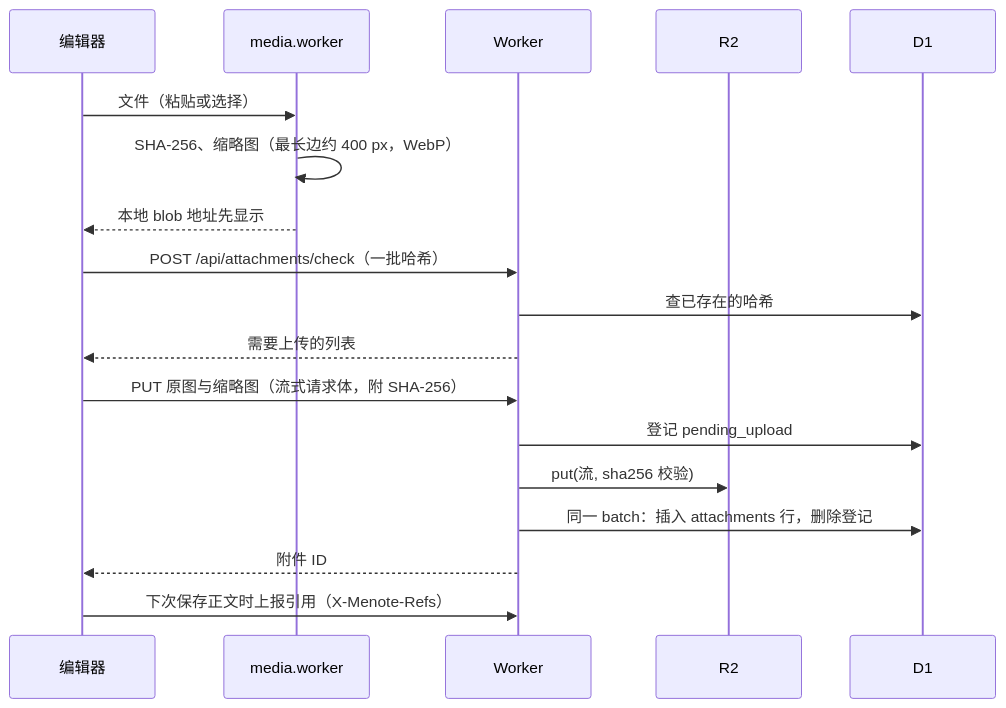
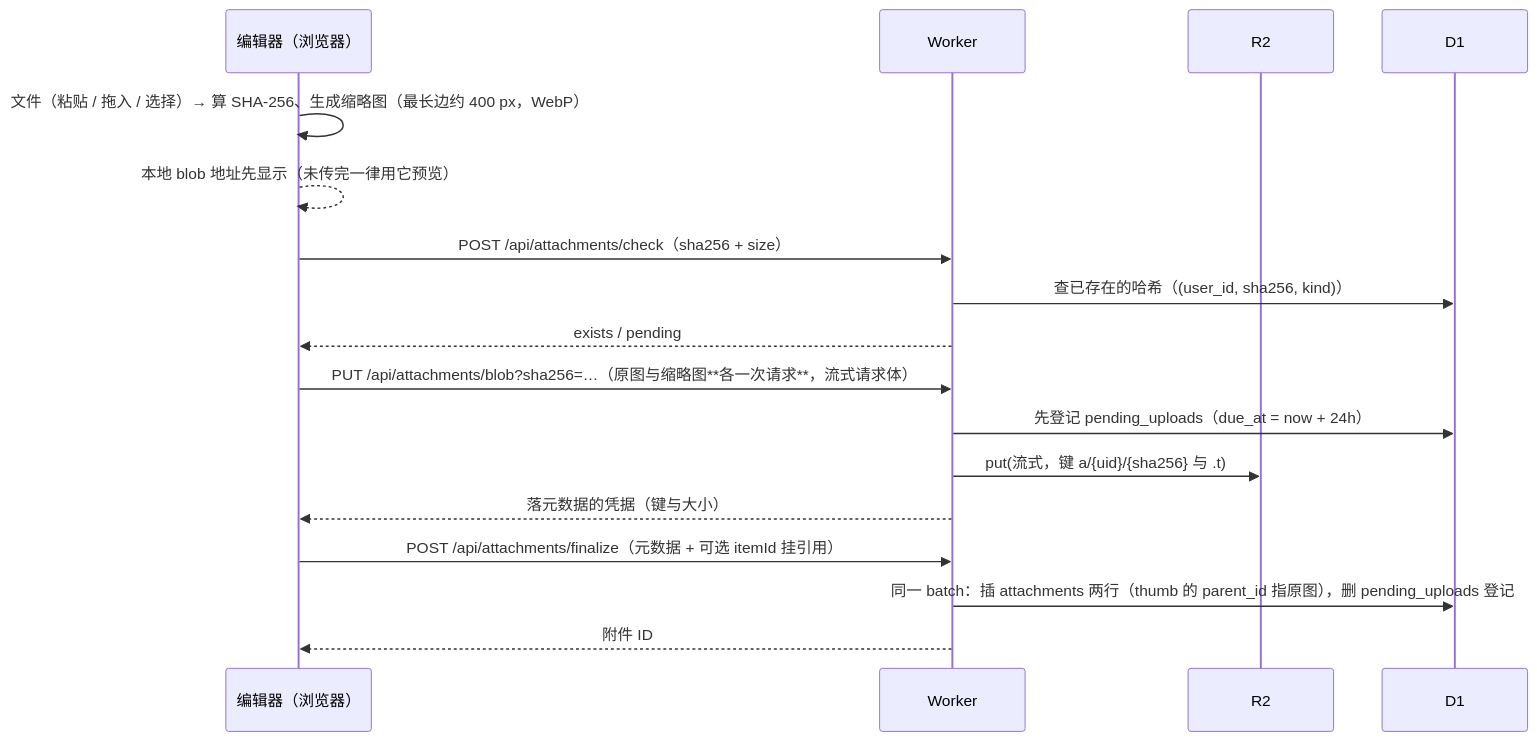
One commit to maxxie6418/MeNote changed the fifth of 5 diagrams in wiki/Menote-项目架构-v1.md. Above: the diagram before and after it, drawn with Mermaid. The commit also changed other lines of this file, not shown here.

````diff
--- a/wiki/Menote-项目架构-v1.md
+++ b/wiki/Menote-项目架构-v1.md
@@ -660,20 +672,19 @@
 ```mermaid
 sequenceDiagram
-    participant U as 编辑器
-    participant M as media.worker
+    participant U as 编辑器（浏览器）
     participant W as Worker
     participant R as R2
     participant D as D1
-    U->>M: 文件（粘贴或选择）
-    M->>M: SHA-256、缩略图（最长边约 400 px，WebP）
-    M-->>U: 本地 blob 地址先显示
-    U->>W: POST /api/attachments/check（一批哈希）
-    W->>D: 查已存在的哈希
-    W-->>U: 需要上传的列表
-    U->>W: PUT 原图与缩略图（流式请求体，附 SHA-256）
-    W->>D: 登记 pending_upload
-    W->>R: put(流, sha256 校验)
-    W->>D: 同一 batch：插入 attachments 行，删除登记
+    U->>U: 文件（粘贴 / 拖入 / 选择）→ 算 SHA-256、生成缩略图（最长边约 400 px，WebP）
+    U-->>U: 本地 blob 地址先显示（未传完一律用它预览）
+    U->>W: POST /api/attachments/check（sha256 + size）
+    W->>D: 查已存在的哈希（(user_id, sha256, kind)）
+    W-->>U: exists / pending
+    U->>W: PUT /api/attachments/blob?sha256=…（原图与缩略图**各一次请求**，流式请求体）
+    W->>D: 先登记 pending_uploads（due_at = now + 24h）
+    W->>R: put(流式，键 a/{uid}/{sha256} 与 .t)
+    W-->>U: 落元数据的凭据（键与大小）
+    U->>W: POST /api/attachments/finalize（元数据 + 可选 itemId 挂引用）
+    W->>D: 同一 batch：插 attachments 两行（thumb 的 parent_id 指原图），删 pending_uploads 登记
     W-->>U: 附件 ID
-    U->>W: 下次保存正文时上报引用（X-Menote-Refs）
 ```
````
